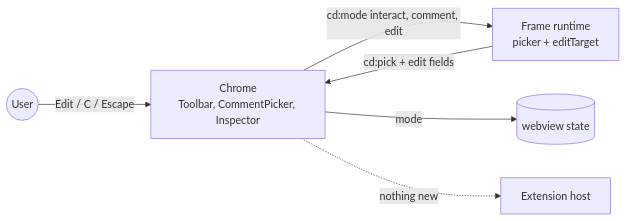
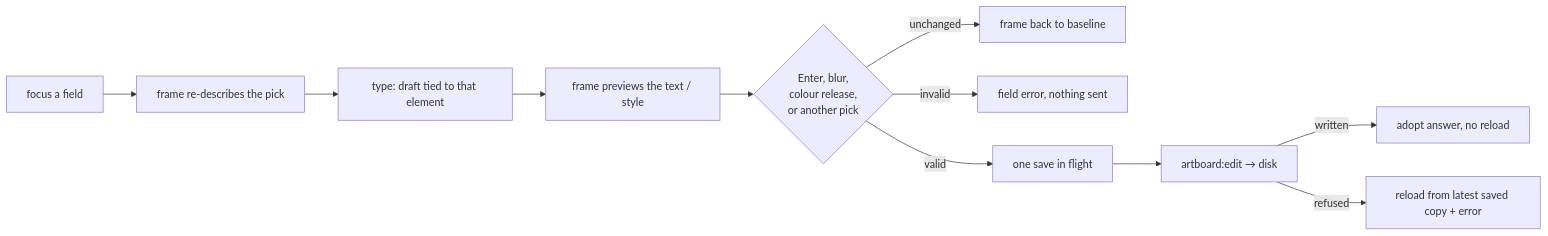
Before and after one commit to MarekBombera/cursor-design-extension: the first of 2 diagrams in blueprint/context/current-feature-overview.md, drawn with Mermaid. The commit also changed other lines of this file and 38 other files, not shown here.

First line of the commit message:
feat: 9e edit fields and save

````diff
--- a/blueprint/context/current-feature-overview.md
+++ b/blueprint/context/current-feature-overview.md
@@ -16,8 +22,13 @@
 ```mermaid
 flowchart LR
-  User((User)) -->|Edit / C / Escape| Chrome["Chrome<br/>Toolbar, CommentPicker, Inspector"]
-  Chrome -->|cd:mode interact, comment, edit| Frame["Frame runtime<br/>picker + editTarget"]
-  Frame -->|cd:pick + edit fields| Chrome
-  Chrome -->|mode| State[("webview state")]
-  Chrome -.->|nothing new| Host["Extension host"]
+  Focus["focus a field"] --> Refresh["frame re-describes the pick"]
+  Refresh --> Type["type: draft tied to that element"]
+  Type --> Preview["frame previews the text / style"]
+  Preview --> Commit{"Enter, blur,<br/>colour release,<br/>or another pick"}
+  Commit -->|unchanged| Back["frame back to baseline"]
+  Commit -->|invalid| Err["field error, nothing sent"]
+  Commit -->|valid| Queue["one save in flight"]
+  Queue --> Host["artboard:edit → disk"]
+  Host -->|written| Adopt["adopt answer, no reload"]
+  Host -->|refused| Reload["reload from latest saved copy + error"]
 ```
````
